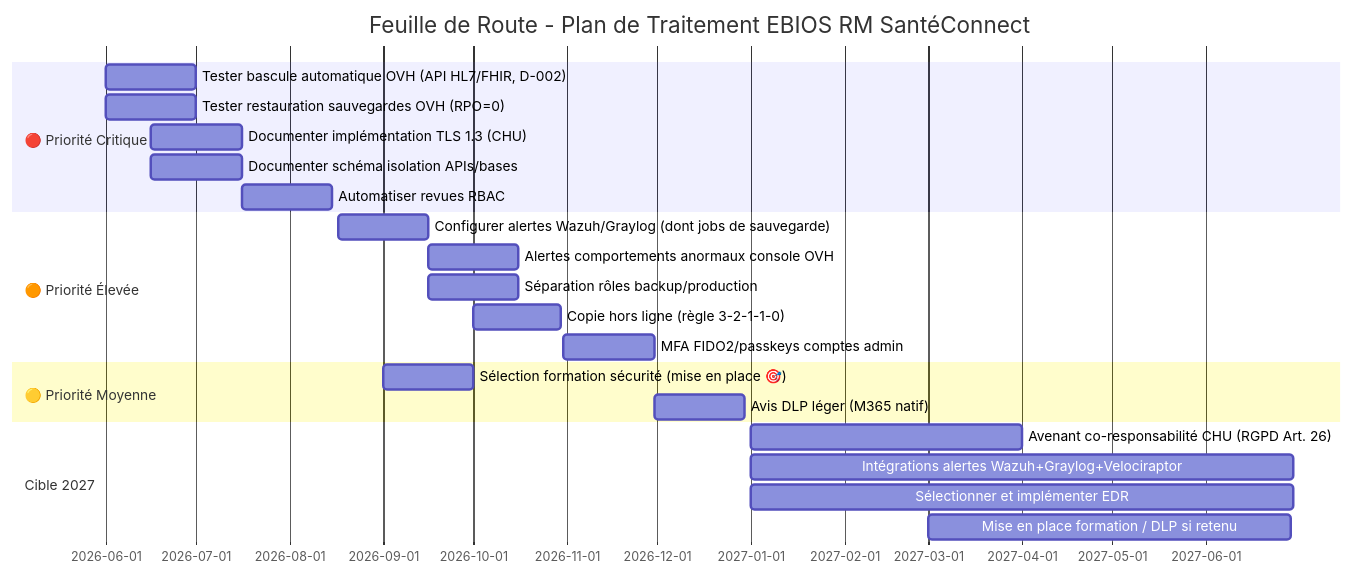
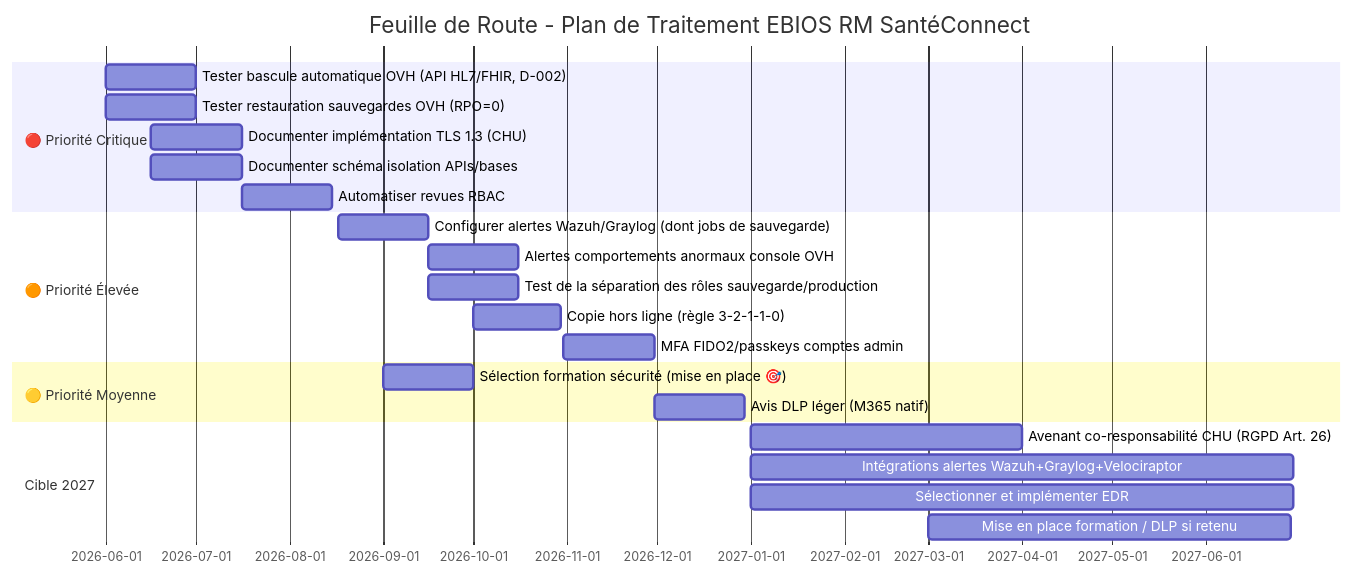
One commit to solenefig-lab/grc-pme-fictive changed the diagram in semaine-5-ebios-rm/5-synthese-cycle.md. Above: the diagram before and after it, drawn with Mermaid. The commit also changed other lines of this file and 7 other files, not shown here.

````diff
--- a/semaine-5-ebios-rm/5-synthese-cycle.md
+++ b/semaine-5-ebios-rm/5-synthese-cycle.md
@@ -155,25 +175,25 @@
 ```mermaid
 gantt
     title Feuille de Route - Plan de Traitement EBIOS RM SantéConnect
     dateFormat  YYYY-MM-DD
     section 🔴 Priorité Critique
     Tester bascule automatique OVH (API HL7/FHIR, D-002) :a1, 2026-06-01, 30d
     Tester restauration sauvegardes OVH (RPO=0) :a2, 2026-06-01, 30d
     Documenter implémentation TLS 1.3 (CHU) :a3, 2026-06-16, 30d
     Documenter schéma isolation APIs/bases :a4, 2026-06-16, 30d
     Automatiser revues RBAC :a5, 2026-07-16, 30d
     section 🟠 Priorité Élevée
     Configurer alertes Wazuh/Graylog (dont jobs de sauvegarde) :b1, 2026-08-17, 30d
     Alertes comportements anormaux console OVH :b2, 2026-09-16, 30d
-    Séparation rôles backup/production :b3, 2026-09-16, 30d
+    Test de la séparation des rôles sauvegarde/production :b3, 2026-09-16, 30d
     Copie hors ligne (règle 3-2-1-1-0) :b4, 2026-10-01, 29d
     MFA FIDO2/passkeys comptes admin :b5, 2026-10-31, 30d
     section 🟡 Priorité Moyenne
     Sélection formation sécurité (mise en place 🎯) :c1, 2026-09-01, 30d
     Avis DLP léger (M365 natif) :c2, 2026-11-30, 30d
     section Cible 2027
     Avenant co-responsabilité CHU (RGPD Art. 26) :d1, 2027-01-01, 90d
     Intégrations alertes Wazuh+Graylog+Velociraptor :d2, 2027-01-01, 180d
     Sélectionner et implémenter EDR :d3, 2027-01-01, 180d
     Mise en place formation / DLP si retenu :d4, 2027-03-01, 120d
 ```    
````
